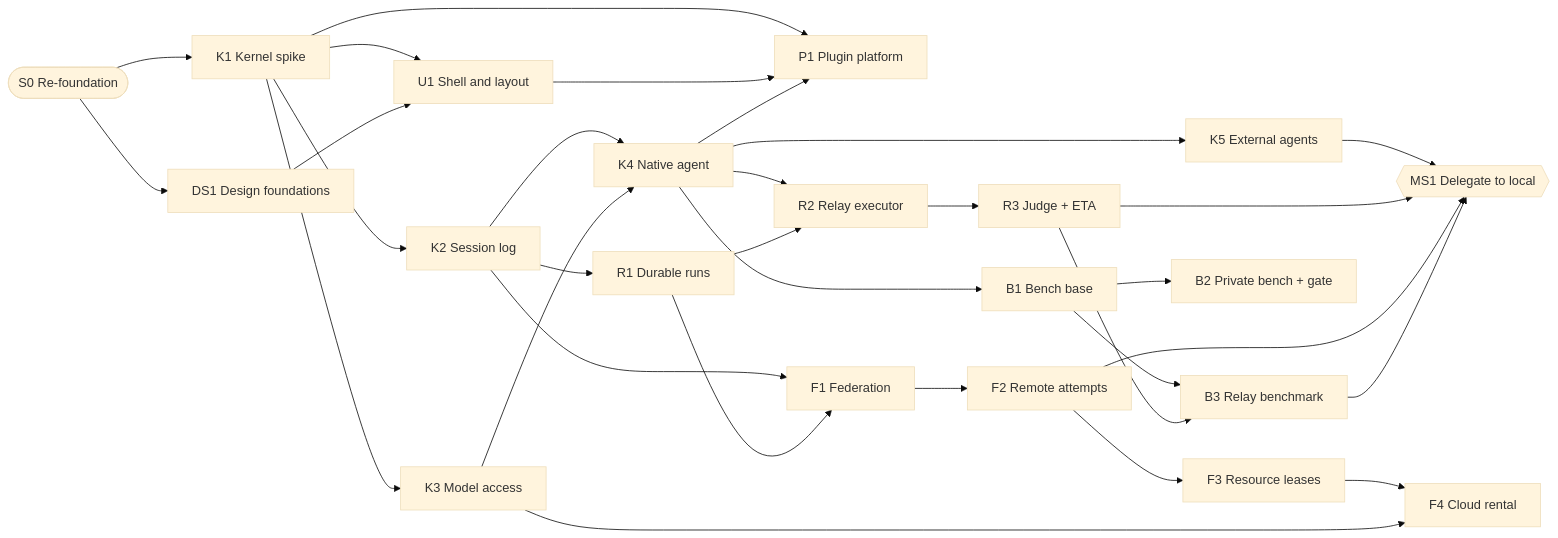
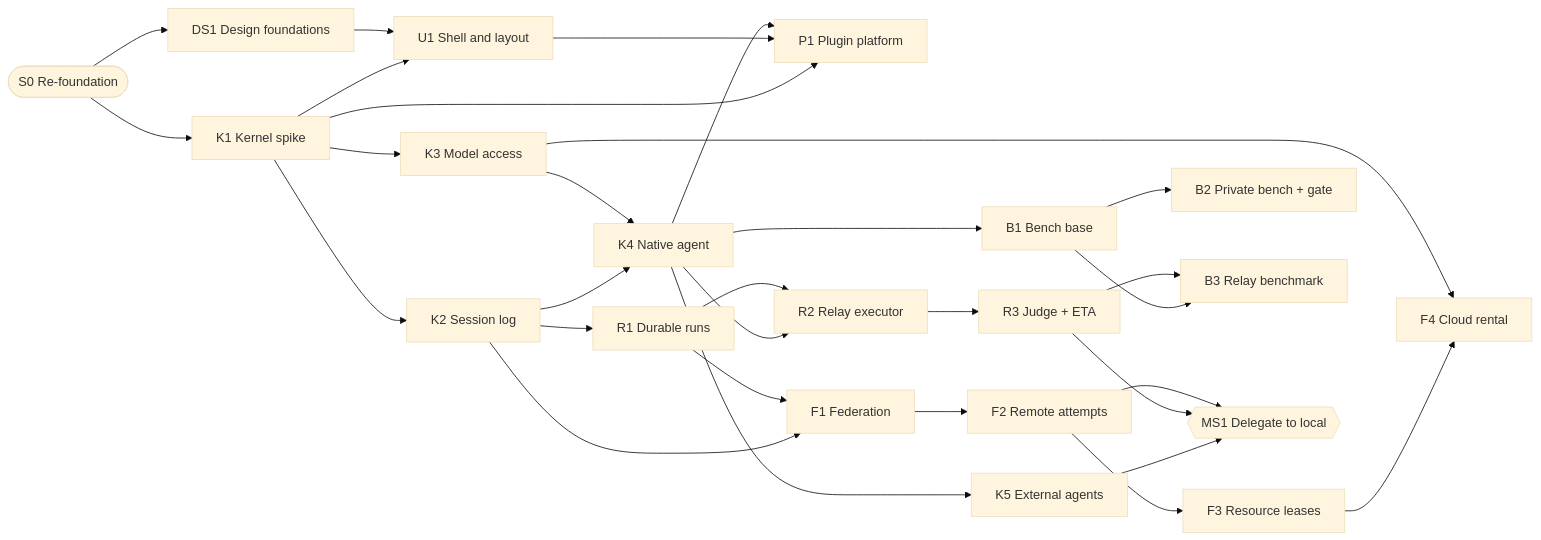
Before and after one commit to MattoYuzuru/Guanxi: the diagram in docs/plans/ROADMAP.md, drawn with Mermaid (base theme). The commit also changed other lines of this file and 6 other files, not shown here.

````diff
--- a/docs/plans/ROADMAP.md
+++ b/docs/plans/ROADMAP.md
@@ -15,16 +15,16 @@
 ```mermaid
 flowchart LR
   S0([S0 Re-foundation]) --> K1[K1 Kernel spike] & DS1[DS1 Design foundations]
   K1 --> K2[K2 Session log] & K3[K3 Model access]
   K1 & DS1 --> U1[U1 Shell and layout]
   K2 & K3 --> K4[K4 Native agent]
   K1 & U1 & K4 --> P1[P1 Plugin platform]
   K4 --> K5[K5 External agents]
   K2 --> R1[R1 Durable runs]
   K4 & R1 --> R2[R2 Relay executor] --> R3[R3 Judge + ETA]
   K2 & R1 --> F1[F1 Federation] --> F2[F2 Remote attempts] --> F3[F3 Resource leases] --> F4[F4 Cloud rental]
   K3 --> F4
   K4 --> B1[B1 Bench base] --> B2[B2 Private bench + gate]
   B1 & R3 --> B3[B3 Relay benchmark]
-  K5 & R3 & F2 & B3 --> MS1{{MS1 Delegate to local}}
+  K5 & R3 & F2 --> MS1{{MS1 Delegate to local}}
 ```
````
